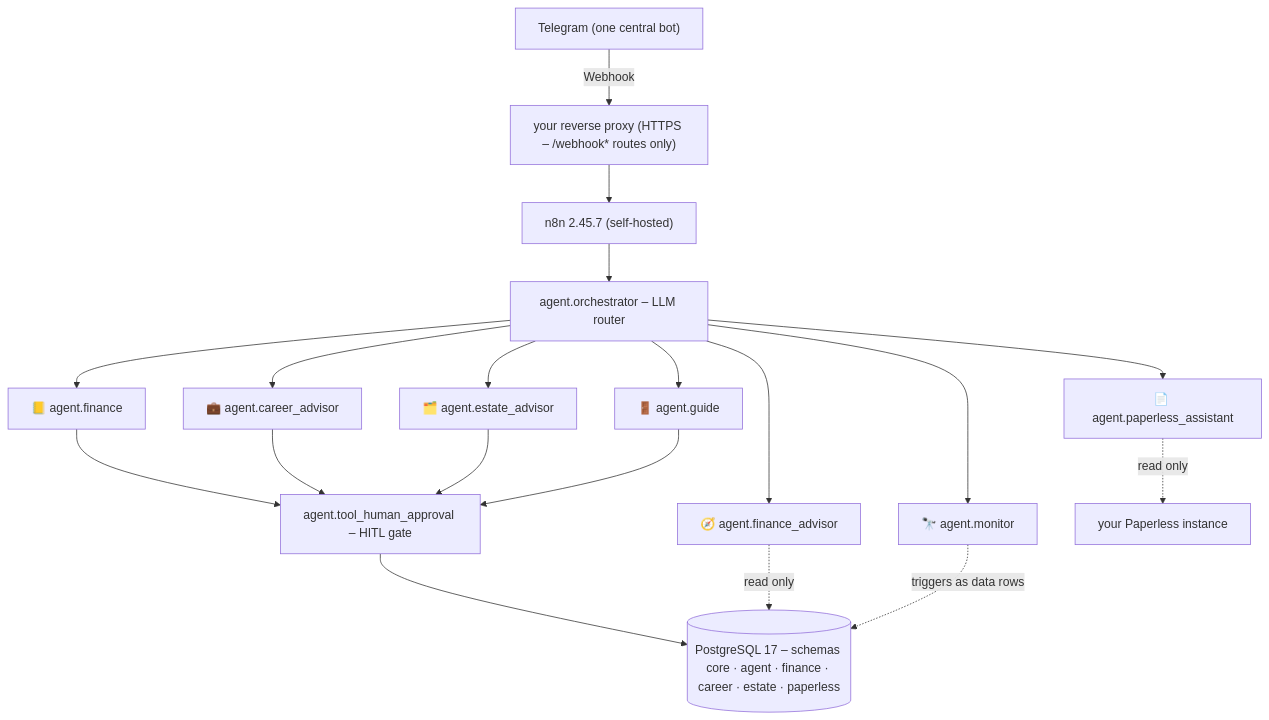
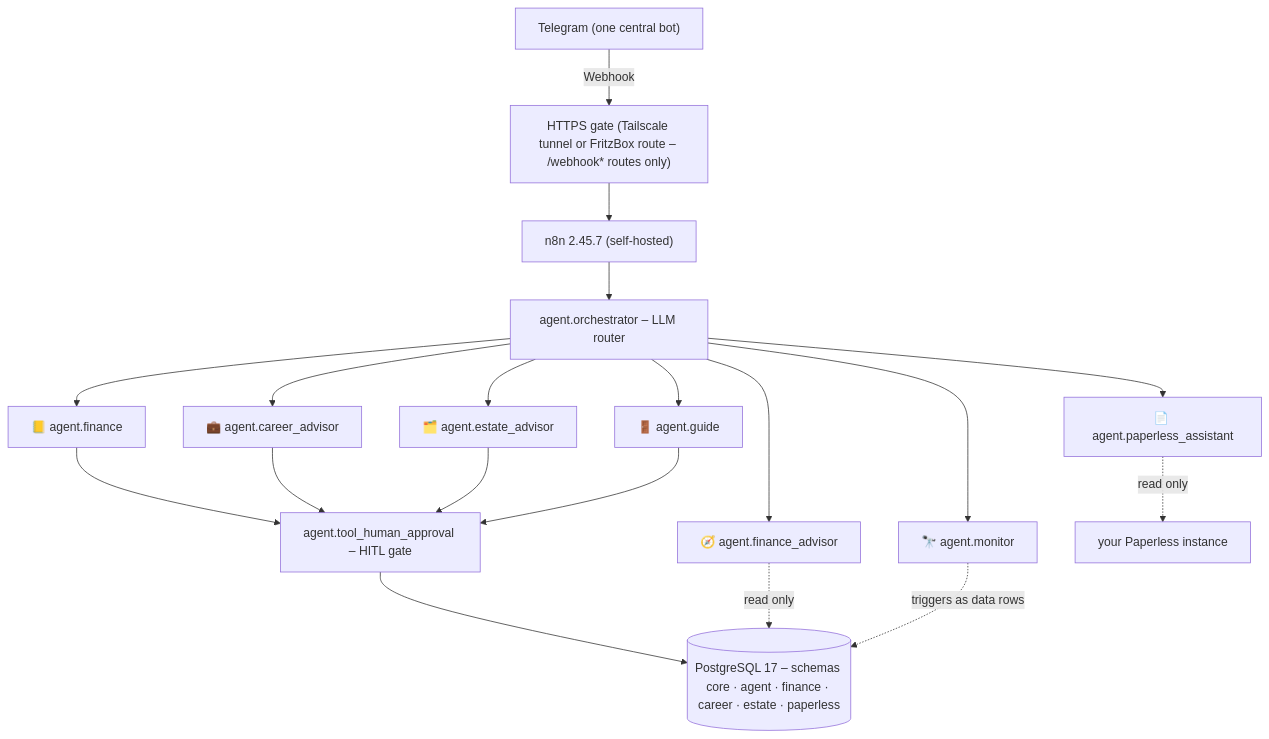
One commit to DennisBaerlin/n8n-life-agents changed the diagram in README.md. Above: the diagram before and after it, drawn with Mermaid. The commit also changed other lines of this file, not shown here.

First line of the commit message:
docs(readme): update architecture lines for the Docker stack

````diff
--- a/README.md
+++ b/README.md
@@ -154,21 +154,21 @@
 ```mermaid
 flowchart TD
-    TG["Telegram (one central bot)"] -->|Webhook| RP["your reverse proxy (HTTPS – /webhook* routes only)"]
+    TG["Telegram (one central bot)"] -->|Webhook| RP["HTTPS gate (Tailscale tunnel or FritzBox route – /webhook* routes only)"]
     RP --> N8N["n8n 2.45.7 (self-hosted)"]
     N8N --> ORCH["agent.orchestrator – LLM router"]
     ORCH --> FIN["📒 agent.finance"]
     ORCH --> ADV["🧭 agent.finance_advisor"]
     ORCH --> MON["🔭 agent.monitor"]
     ORCH --> GUI["🚪 agent.guide"]
     ORCH --> CAR["💼 agent.career_advisor"]
     ORCH --> EST["🗂️ agent.estate_advisor"]
     ORCH --> DOC["📄 agent.paperless_assistant"]
     FIN --> GATE["agent.tool_human_approval – HITL gate"]
     CAR --> GATE
     EST --> GATE
     GATE --> PG[("PostgreSQL 17 – schemas core · agent · finance · career · estate · paperless")]
     ADV -. read only .-> PG
     DOC -. read only .-> PPL["your Paperless instance"]
     MON -. triggers as data rows .-> PG
     GUI --> GATE
 ```
````
